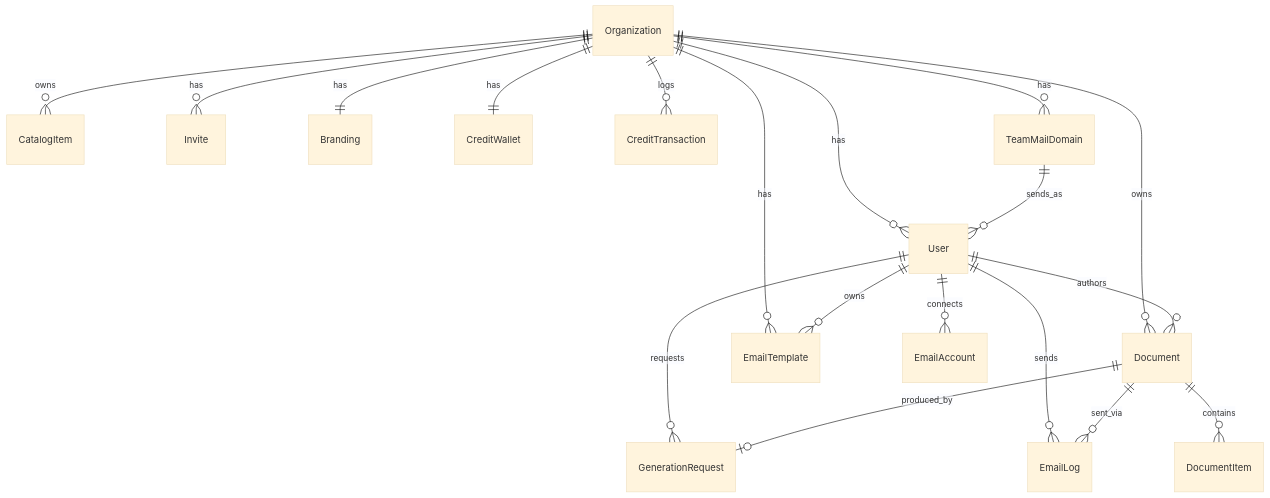
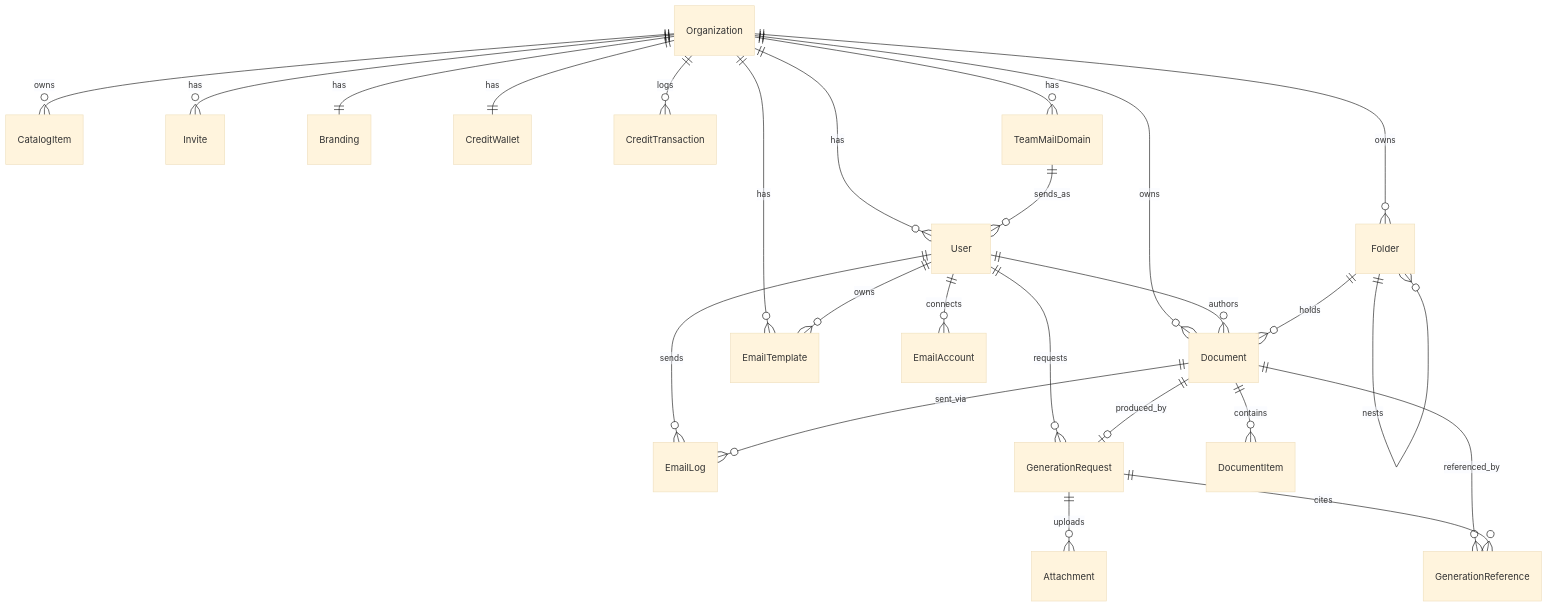
The diagram in docs/ARCHITECTURE.md (JR-STUDY/Deal-Closer), drawn with Mermaid (base theme) before and after one commit. The commit also changed other lines of this file and 4 other files, not shown here.

````diff
--- a/docs/ARCHITECTURE.md
+++ b/docs/ARCHITECTURE.md
@@ -39,21 +39,27 @@
 ```mermaid
 erDiagram
   Organization ||--o{ User : has
   Organization ||--o{ Document : owns
+  Organization ||--o{ Folder : owns
   Organization ||--o{ CatalogItem : owns
   Organization ||--o{ Invite : has
   Organization ||--|| Branding : has
   Organization ||--|| CreditWallet : has
   Organization ||--o{ CreditTransaction : logs
   Organization ||--o{ EmailTemplate : has
   Organization ||--o{ TeamMailDomain : has
   User ||--o{ Document : authors
   User ||--o{ EmailAccount : connects
   User ||--o{ EmailLog : sends
   User ||--o{ EmailTemplate : owns
   User ||--o{ GenerationRequest : requests
   TeamMailDomain ||--o{ User : sends_as
+  Folder ||--o{ Folder : nests
+  Folder ||--o{ Document : holds
   Document ||--o{ DocumentItem : contains
   Document ||--o{ EmailLog : sent_via
   Document ||--o| GenerationRequest : produced_by
+  Document ||--o{ GenerationReference : referenced_by
+  GenerationRequest ||--o{ Attachment : uploads
+  GenerationRequest ||--o{ GenerationReference : cites
 ```
````
